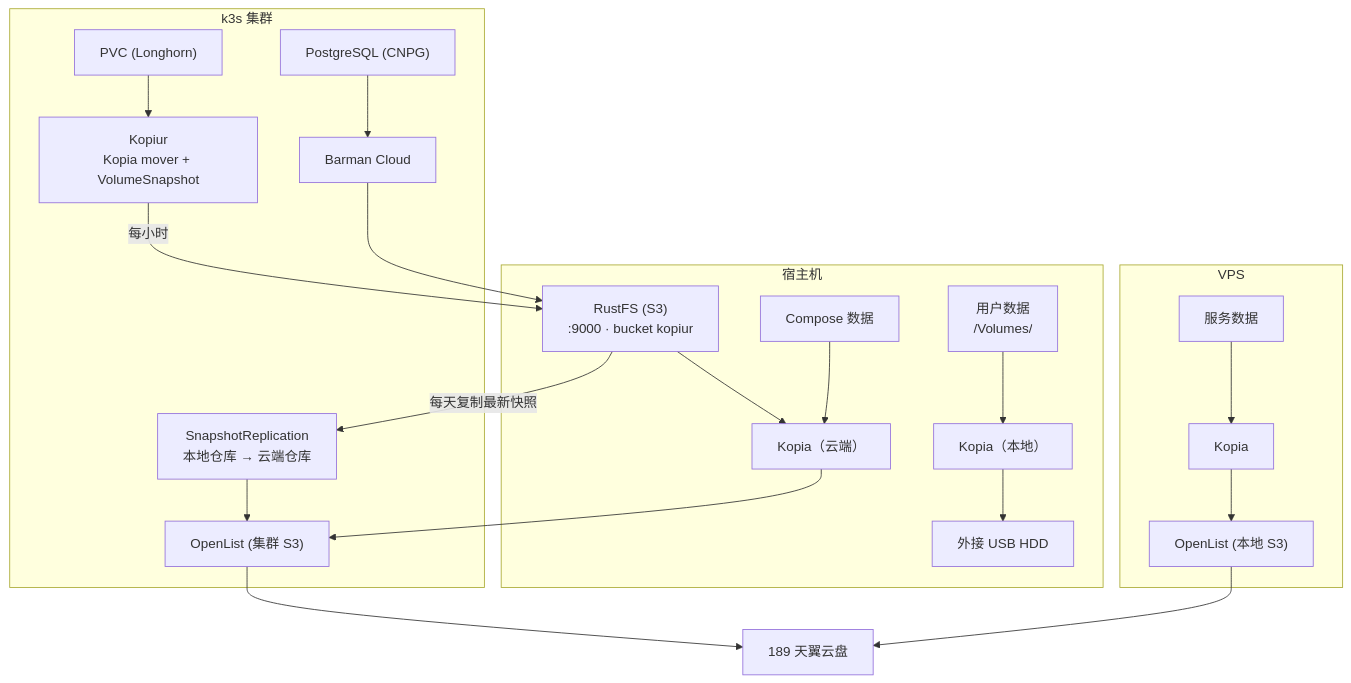
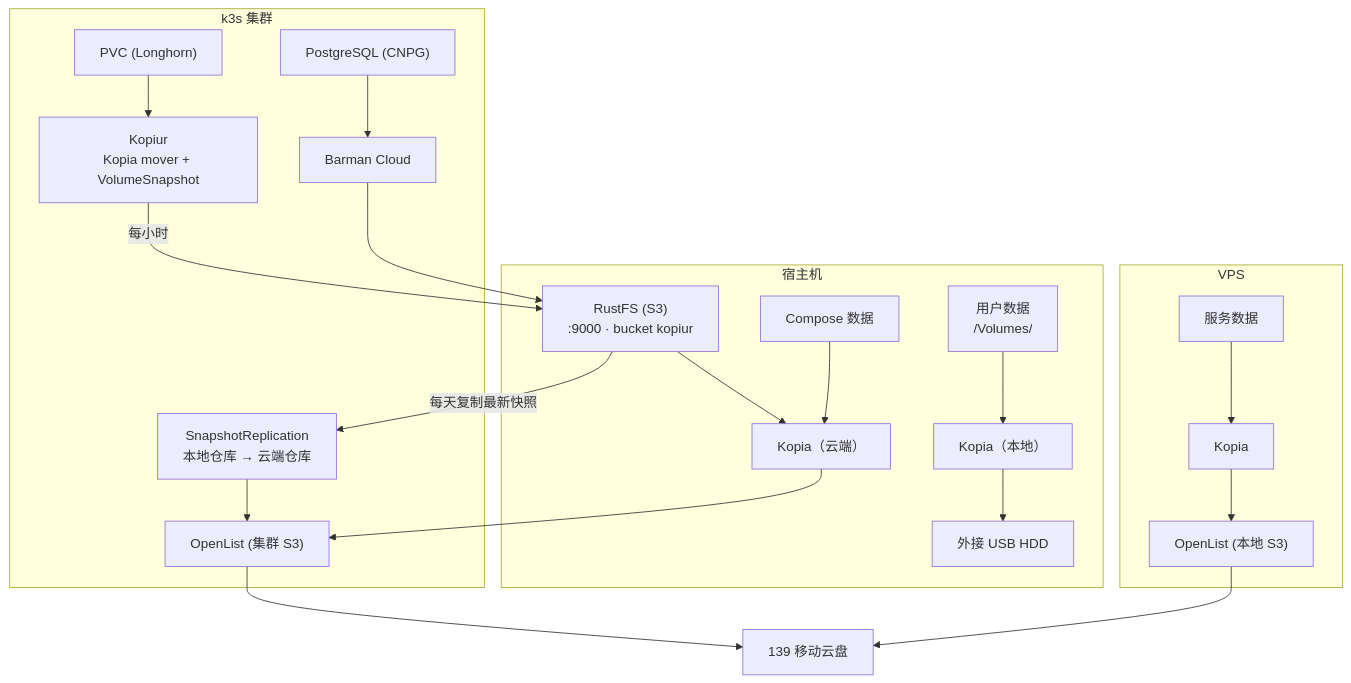
One commit to shelken/home-ops changed the seventh of 8 diagrams in docs/ARCHITECTURE.md. Above: the diagram before and after it, drawn with Mermaid. The commit also changed other lines of this file and 44 other files, not shown here.

````diff
--- a/docs/ARCHITECTURE.md
+++ b/docs/ARCHITECTURE.md
@@ -436,47 +436,46 @@
 ```mermaid
 graph TB
     subgraph K8S["k3s 集群"]
         PVC["PVC (Longhorn)"]
         PG["PostgreSQL (CNPG)"]
         Kopiur["Kopiur<br/>Kopia mover + VolumeSnapshot"]
         Replicate["SnapshotReplication<br/>本地仓库 → 云端仓库"]
         Barman["Barman Cloud"]
         Cluster_OpenList["OpenList (集群 S3)"]
     end
 
     subgraph SAKA_BACKUP["宿主机"]
         RustFS["RustFS (S3)<br/>:9000 · bucket kopiur"]
         COMPOSE_Data["Compose 数据"]
         USER_Data["用户数据<br/>/Volumes/<USER_DATA>"]
         SAKA_Kopia["Kopia（云端）"]
         SAKA_Kopia_Local["Kopia（本地）"]
         USB_HDD["外接 USB HDD"]
     end
 
     subgraph VPS_BACKUP["VPS"]
         VPS_Data["服务数据"]
         VPS_Kopia["Kopia"]
         VPS_OpenList["OpenList (本地 S3)"]
     end
 
-    Cloud["189 天翼云盘"]
-
+    Cloud["139 移动云盘"]
     PVC --> Kopiur
     PG --> Barman
     Kopiur -->|"每小时"| RustFS
     RustFS -->|"每天复制最新快照"| Replicate
     Replicate --> Cluster_OpenList
     Barman --> RustFS
 
     RustFS --> SAKA_Kopia
     COMPOSE_Data --> SAKA_Kopia
     SAKA_Kopia --> Cluster_OpenList
     Cluster_OpenList --> Cloud
 
     USER_Data --> SAKA_Kopia_Local
     SAKA_Kopia_Local --> USB_HDD
 
     VPS_Data --> VPS_Kopia
     VPS_Kopia --> VPS_OpenList
     VPS_OpenList --> Cloud
 ```
````
